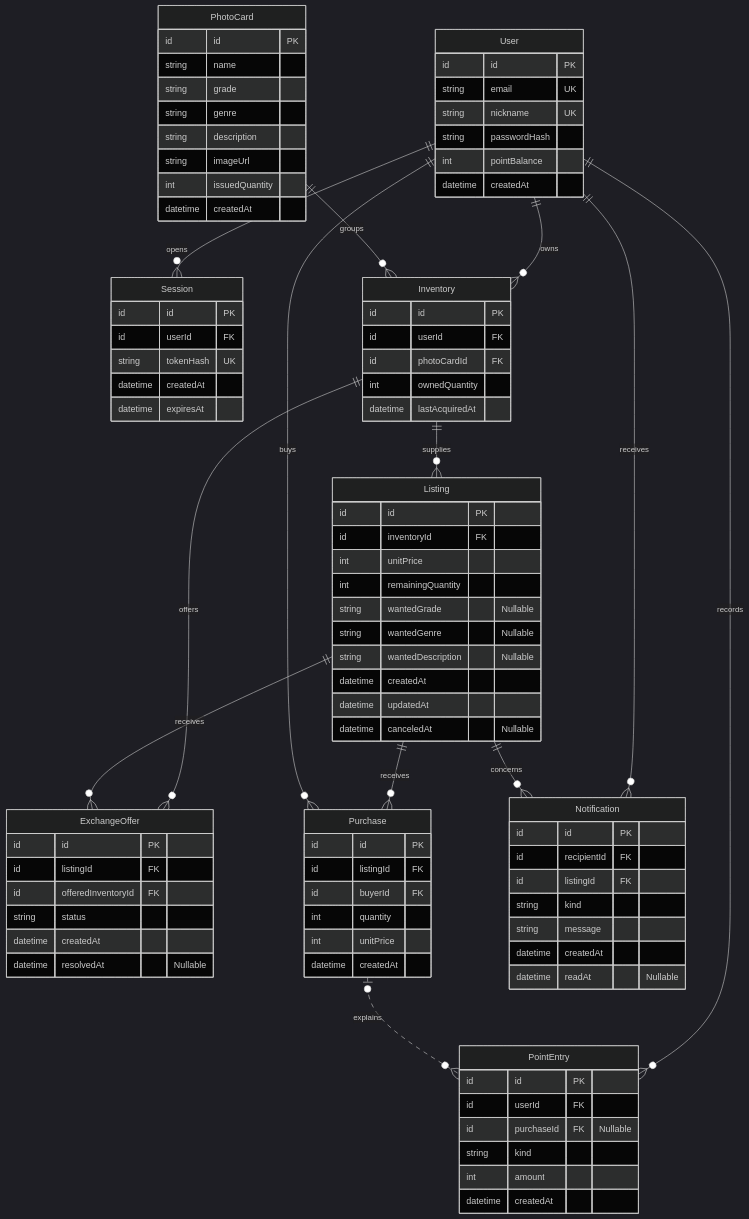
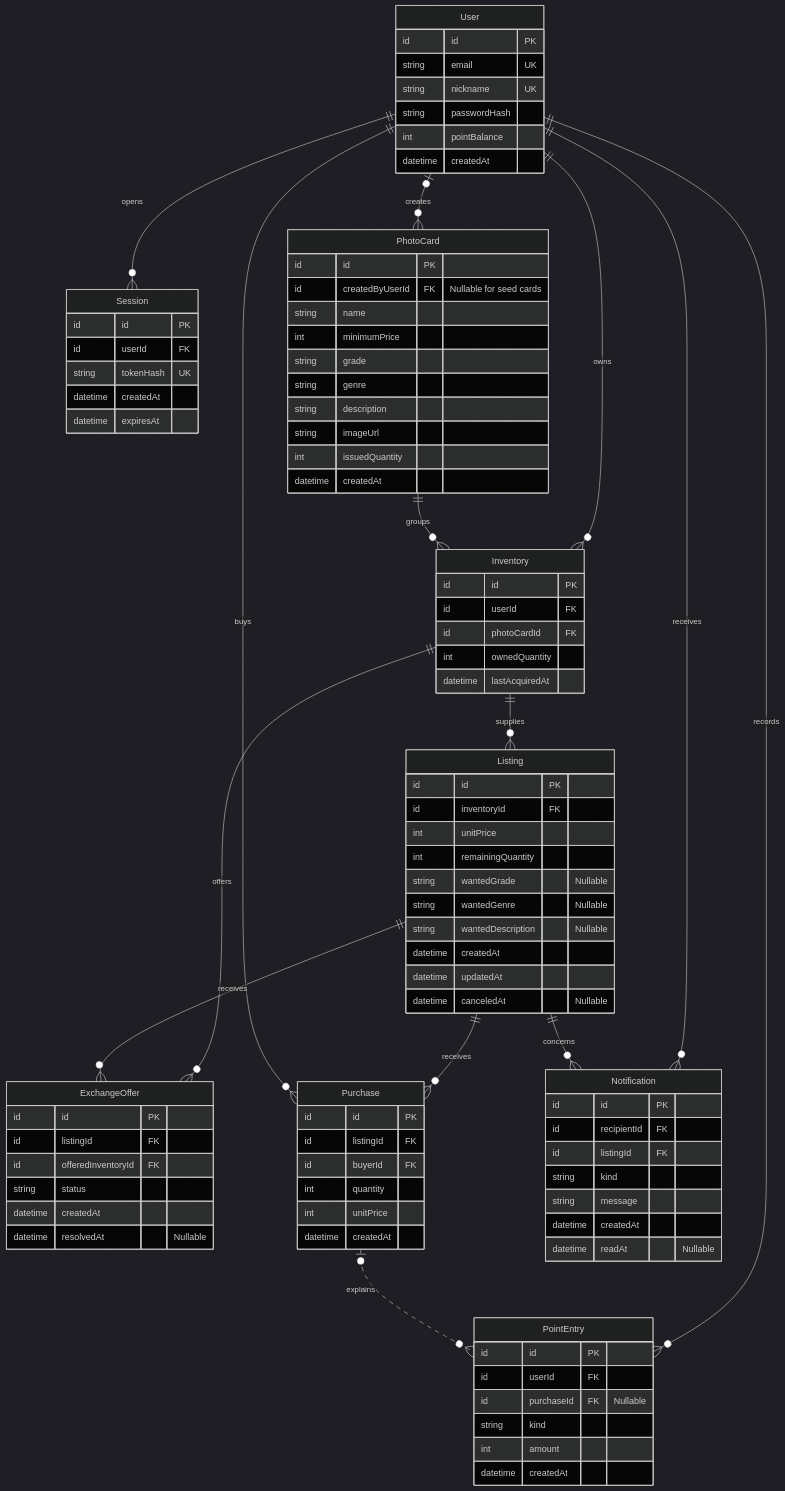
The diagram in docs/ERD.md (codeit-fs-16-part3-team2/codeit-project), drawn with Mermaid (dark theme) before and after one commit. The commit also changed other lines of this file and 12 other files, not shown here.

````diff
--- a/docs/ERD.md
+++ b/docs/ERD.md
@@ -7,6 +7,7 @@
 ```mermaid
 erDiagram
     User ||--o{ Session : opens
+    User o|--o{ PhotoCard : creates
     User ||--o{ Inventory : owns
     PhotoCard ||--o{ Inventory : groups
     Inventory ||--o{ Listing : supplies
@@ -38,7 +39,9 @@
 
     PhotoCard {
         id id PK
+        id createdByUserId FK "Nullable for seed cards"
         string name
+        int minimumPrice
         string grade
         string genre
         string description
````
